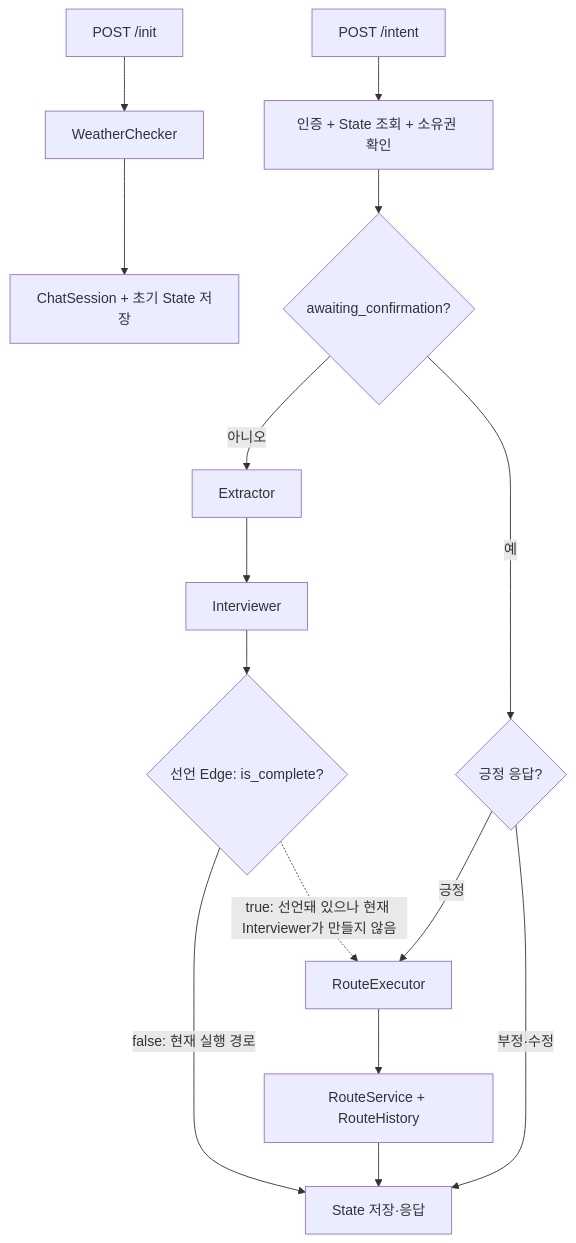
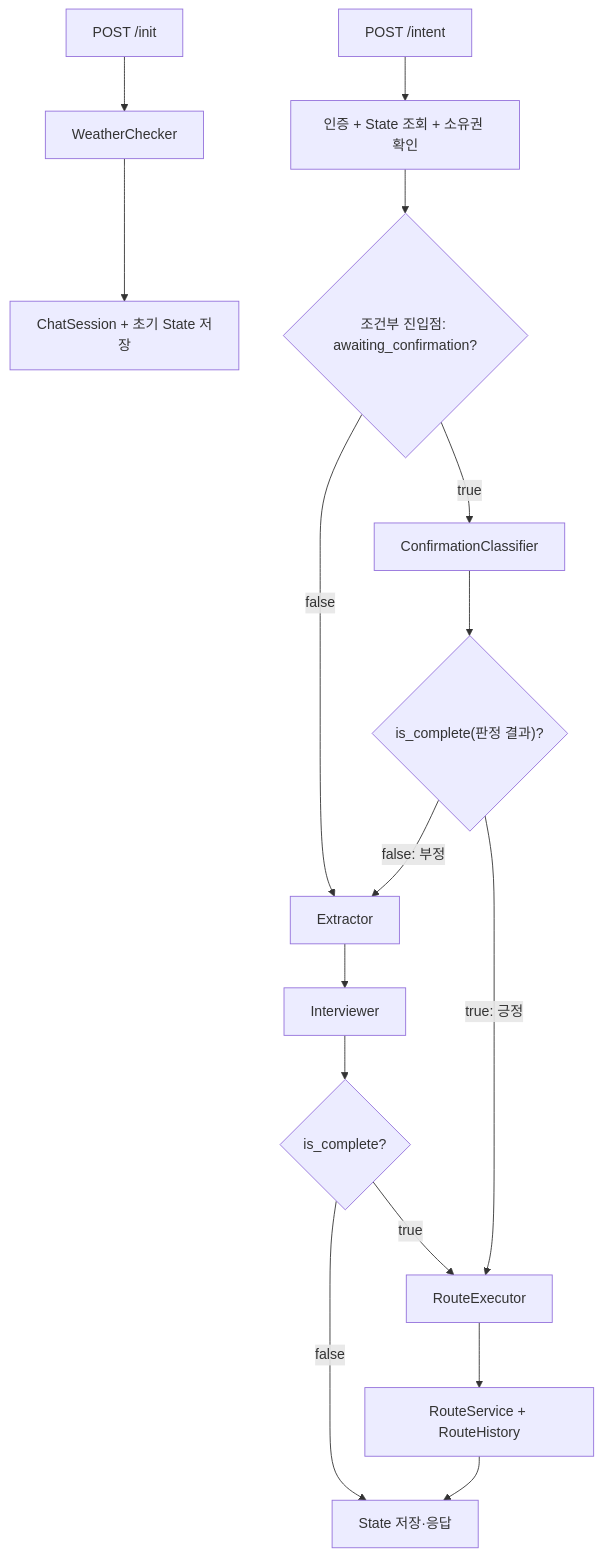
The diagram in docs/chatbot/agent_harness.md (ChimaekMeeting/seoul-walk-platform), drawn with Mermaid before and after one commit. The commit also changed other lines of this file, not shown here.

````diff
--- a/docs/chatbot/agent_harness.md
+++ b/docs/chatbot/agent_harness.md
@@ -102,19 +104,22 @@
 ```mermaid
 flowchart TD
     INIT["POST /init"] --> WC["WeatherChecker"]
     WC --> SAVE["ChatSession + 초기 State 저장"]
 
     INTENT["POST /intent"] --> LOAD["인증 + State 조회 + 소유권 확인"]
-    LOAD --> AWAIT{"awaiting_confirmation?"}
-    AWAIT -- "아니오" --> EX["Extractor"]
+    LOAD --> ENTRY{"조건부 진입점: awaiting_confirmation?"}
+    ENTRY -- "false" --> EX["Extractor"]
+    ENTRY -- "true" --> CC["ConfirmationClassifier"]
+
     EX --> IV["Interviewer"]
-    IV --> DECLARED{"선언 Edge: is_complete?"}
-    DECLARED -- "false: 현재 실행 경로" --> END1["State 저장·응답"]
-    DECLARED -. "true: 선언돼 있으나 현재 Interviewer가 만들지 않음" .-> RE["RouteExecutor"]
+    IV --> DECLARED{"is_complete?"}
+    DECLARED -- "false" --> END1["State 저장·응답"]
+    DECLARED -- "true" --> RE["RouteExecutor"]
 
-    AWAIT -- "예" --> POS{"긍정 응답?"}
-    POS -- "긍정" --> RE
-    POS -- "부정·수정" --> END1
+    CC --> CDECIDE{"is_complete(판정 결과)?"}
+    CDECIDE -- "true: 긍정" --> RE
+    CDECIDE -- "false: 부정" --> EX
+
     RE --> RH["RouteService + RouteHistory"]
     RH --> END1
 ```
````
